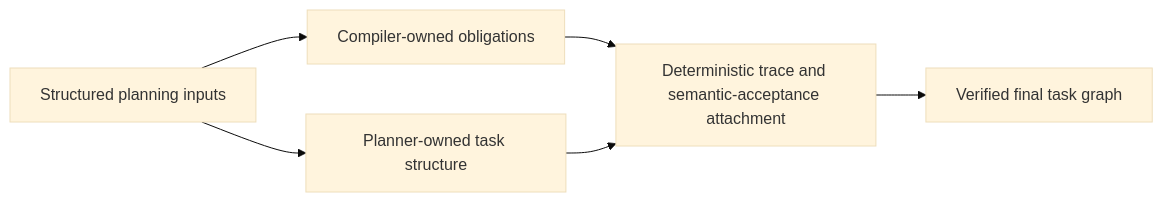
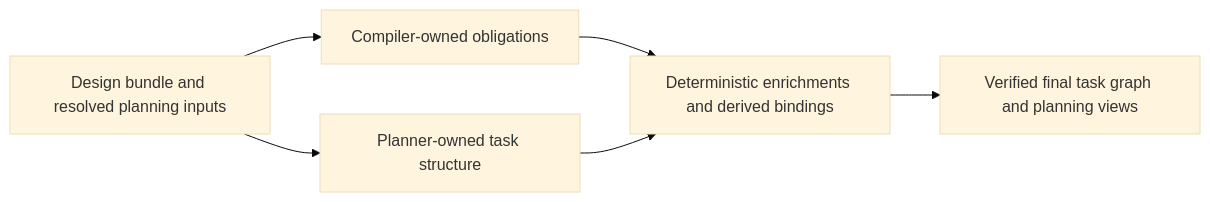
The diagram in docs/maintainer/diagrams/caf_planning_ownership_split_v1.md (arylwen/caf), drawn with Mermaid (base theme) before and after one commit. The commit also changed other lines of this file and 242 other files, not shown here.

````diff
--- a/docs/maintainer/diagrams/caf_planning_ownership_split_v1.md
+++ b/docs/maintainer/diagrams/caf_planning_ownership_split_v1.md
@@ -7,8 +7,8 @@
 ```mermaid
 flowchart LR
-    A[Structured planning inputs] --> B[Compiler-owned obligations]
+    A[Design bundle and resolved planning inputs] --> B[Compiler-owned obligations]
     A --> C[Planner-owned task structure]
-    B --> D[Deterministic trace and semantic-acceptance attachment]
+    B --> D[Deterministic enrichments and derived bindings]
     C --> D
-    D --> E[Verified final task graph]
+    D --> E[Verified final task graph and planning views]
 ```
````
